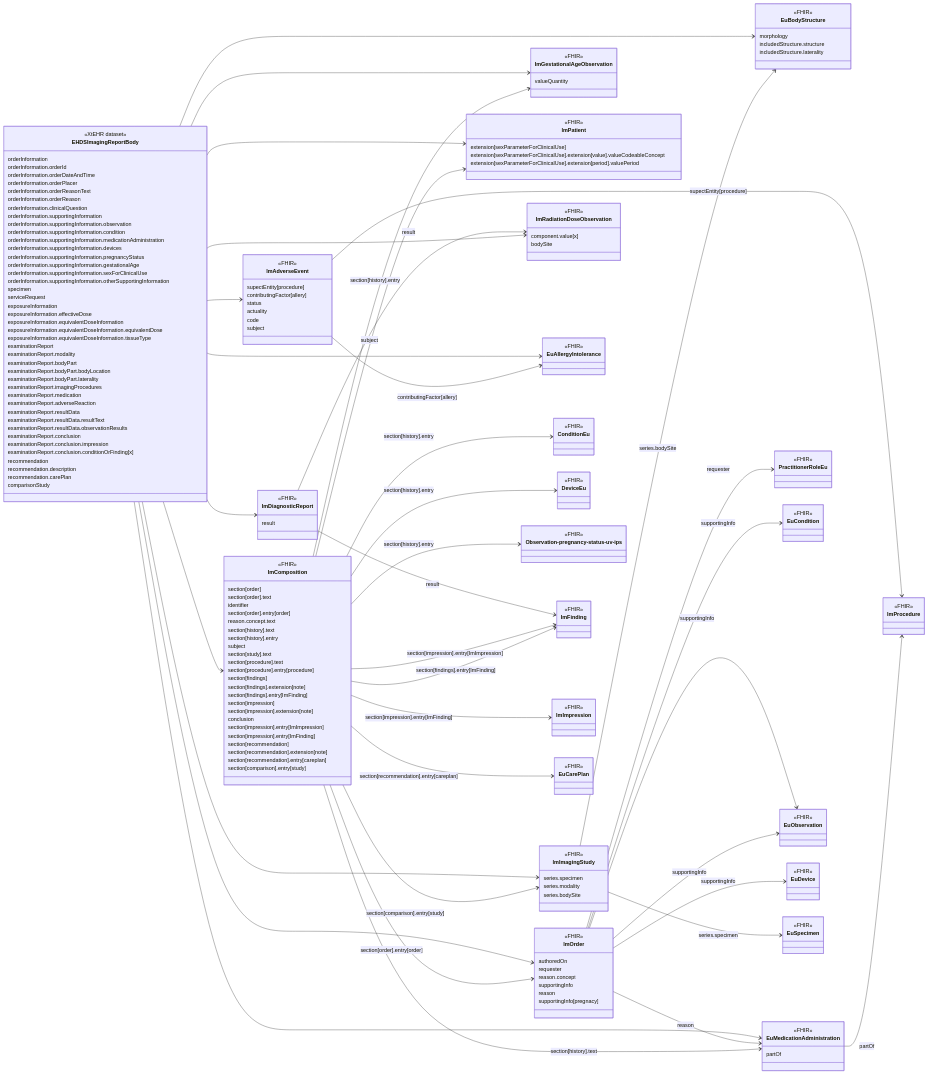
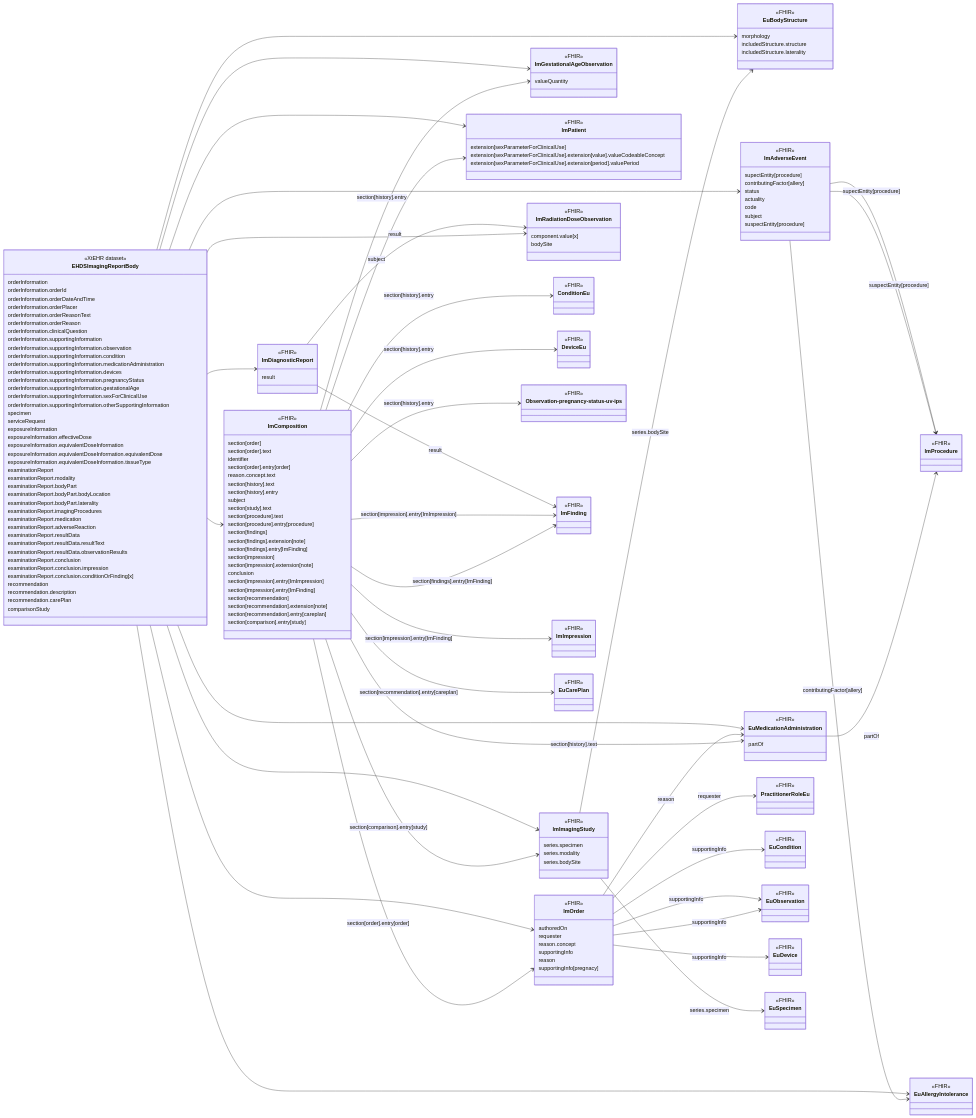
One commit to oijauregui/ehdsimaging changed the diagram in input/intro-notes/ConceptMap-EHDSImagingReportBodyMap-intro.md. Above: the diagram before and after it, drawn with Mermaid. The commit also changed 29 other files, not shown here.

```diff
--- a/input/intro-notes/ConceptMap-EHDSImagingReportBodyMap-intro.md
+++ b/input/intro-notes/ConceptMap-EHDSImagingReportBodyMap-intro.md
@@ -132,6 +132,7 @@
   actuality
   code
   subject
+  suspectEntity[procedure]
 }
 
 class EuAllergyIntolerance
@@ -235,6 +236,7 @@
 EHDSImagingReportBody --> ImAdverseEvent
 ImAdverseEvent --> ImProcedure : supectEntity[procedure]
 ImAdverseEvent --> EuAllergyIntolerance : contributingFactor[allery]
+ImAdverseEvent --> ImProcedure : suspectEntity[procedure]
 EHDSImagingReportBody --> EuAllergyIntolerance
 EHDSImagingReportBody --> ImDiagnosticReport
 ImDiagnosticReport --> ImFinding : result
```
